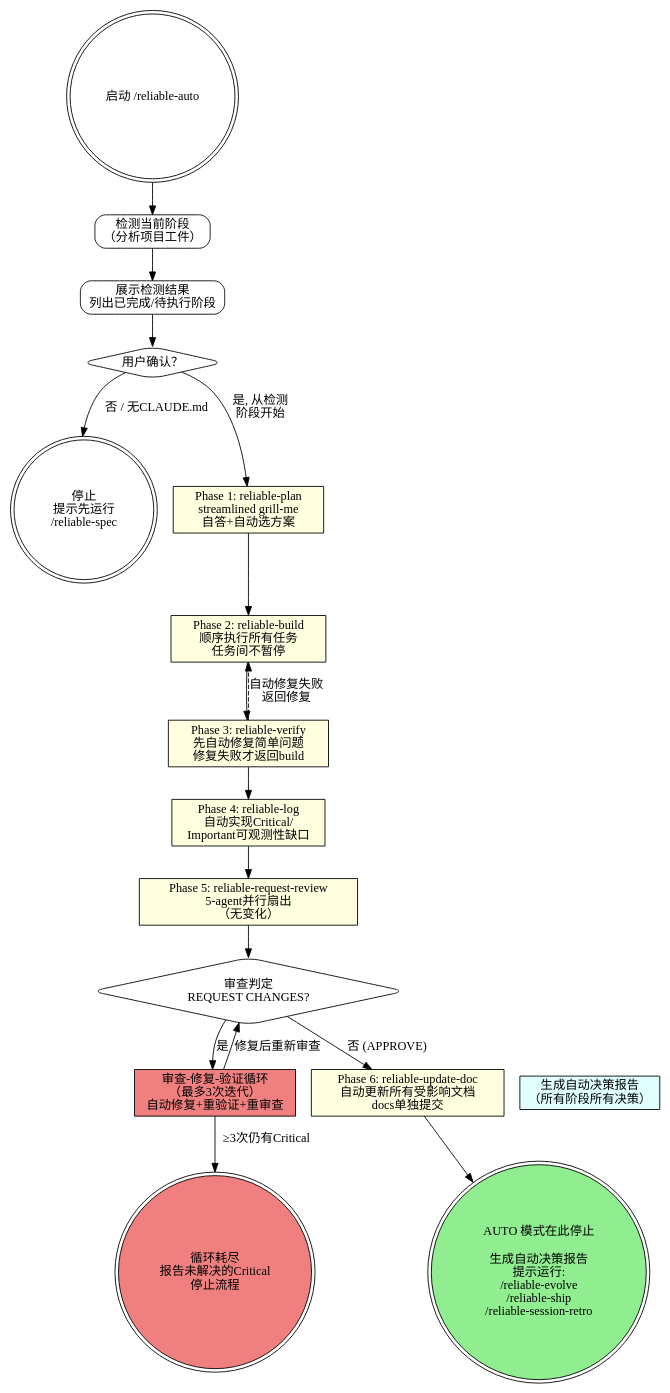
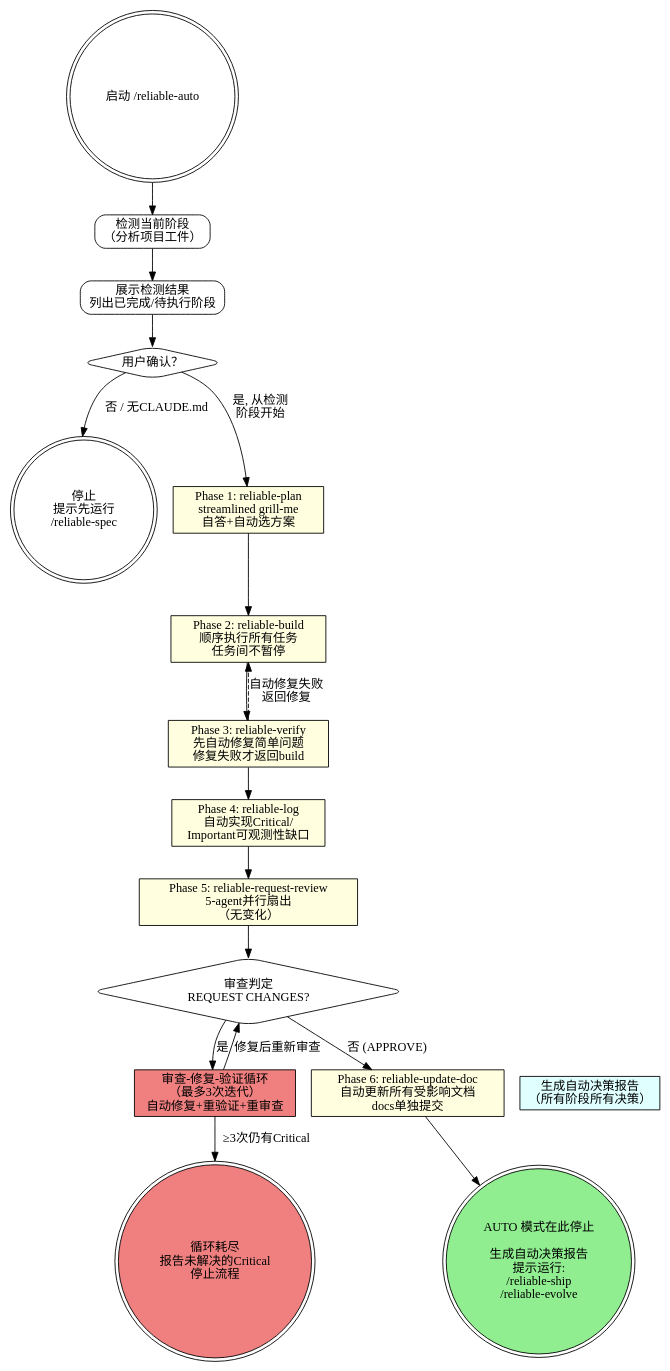
One commit to sueichen/reliable-agent changed the first of 2 diagrams in skills/reliable-auto/SKILL.md. Above: the diagram before and after it, drawn with Graphviz. The commit also changed other lines of this file and 17 other files, not shown here.

First line of the commit message:
refactor: merge reliable-session-retro into reliable-evolve

````diff
--- a/skills/reliable-auto/SKILL.md
+++ b/skills/reliable-auto/SKILL.md
@@ -37,62 +37,62 @@
 ```dot
 digraph reliable_auto {
     rankdir=TB;
     node [shape=box, style=rounded];
 
     start [label="启动 /reliable-auto", shape=doublecircle];
 
     /* Phase Detection */
     detect [label="检测当前阶段\n（分析项目工件）"];
     show_detection [label="展示检测结果\n列出已完成/待执行阶段"];
     confirm [label="用户确认？", shape=diamond];
     halt_start [label="停止\n提示先运行\n/reliable-spec", shape=doublecircle];
 
     /* Execution phases */
     run_plan [label="Phase 1: reliable-plan\nstreamlined grill-me\n自答+自动选方案", shape=box style=filled fillcolor=lightyellow];
     run_build [label="Phase 2: reliable-build\n顺序执行所有任务\n任务间不暂停", shape=box style=filled fillcolor=lightyellow];
     run_verify [label="Phase 3: reliable-verify\n先自动修复简单问题\n修复失败才返回build", shape=box style=filled fillcolor=lightyellow];
     run_log [label="Phase 4: reliable-log\n自动实现Critical/\nImportant可观测性缺口", shape=box style=filled fillcolor=lightyellow];
     run_request [label="Phase 5: reliable-request-review\n5-agent并行扇出\n（无变化）", shape=box style=filled fillcolor=lightyellow];
 
     /* Review verdict */
     verdict [label="审查判定\nREQUEST CHANGES?", shape=diamond];
 
     /* Review-fix-verify loop */
     review_loop [label="审查-修复-验证循环\n（最多3次迭代）\n自动修复+重验证+重审查", shape=box style=filled fillcolor=lightcoral];
     loop_exhausted [label="循环耗尽\n报告未解决的Critical\n停止流程", shape=doublecircle style=filled fillcolor=lightcoral];
 
     run_doc [label="Phase 6: reliable-update-doc\n自动更新所有受影响文档\ndocs单独提交", shape=box style=filled fillcolor=lightyellow];
 
     /* Stop */
-    stop_here [label="AUTO 模式在此停止\n\n生成自动决策报告\n提示运行:\n/reliable-evolve\n/reliable-ship\n/reliable-session-retro", shape=doublecircle style=filled fillcolor=lightgreen];
+    stop_here [label="AUTO 模式在此停止\n\n生成自动决策报告\n提示运行:\n/reliable-ship\n/reliable-evolve", shape=doublecircle style=filled fillcolor=lightgreen];
 
     /* Report */
     report [label="生成自动决策报告\n（所有阶段所有决策）", shape=box style=filled fillcolor=lightcyan];
 
     /* Edges */
     start -> detect;
     detect -> show_detection;
     show_detection -> confirm;
     confirm -> halt_start [label="否 / 无CLAUDE.md"];
     confirm -> run_plan [label="是, 从检测\n阶段开始"];
 
     run_plan -> run_build;
     run_build -> run_verify;
 
     /* Verify failure handling */
     run_verify -> run_build [label="自动修复失败\n返回修复", style=dashed];
 
     run_verify -> run_log;
     run_log -> run_request;
 
     /* Review loop */
     run_request -> verdict;
     verdict -> review_loop [label="是"];
     verdict -> run_doc [label="否 (APPROVE)"];
     review_loop -> verdict [label="修复后重新审查"];
     review_loop -> loop_exhausted [label="≥3次仍有Critical"];
 
     run_doc -> stop_here;
     report -> stop_here [style=invis];
 }
 ```
````
